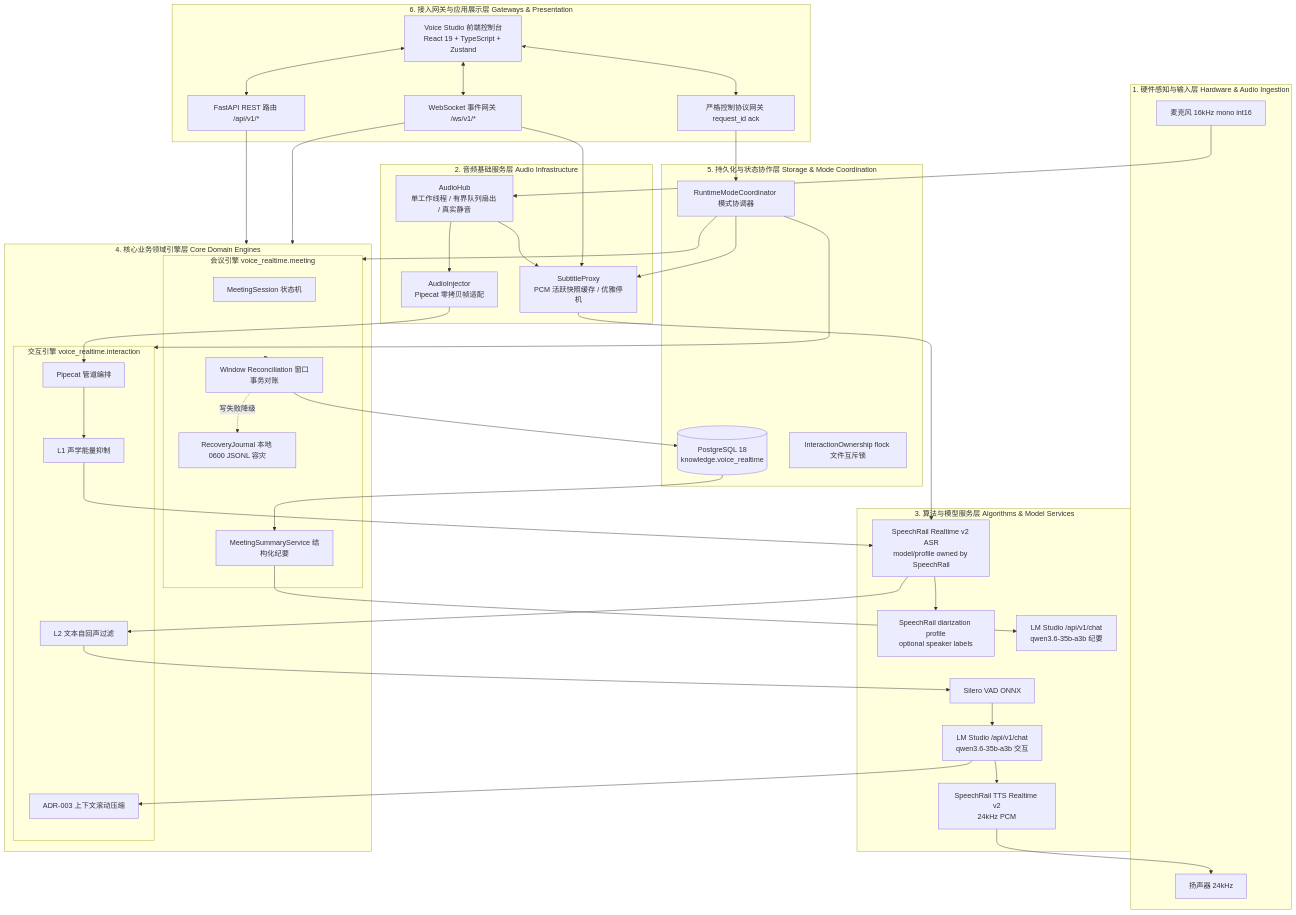
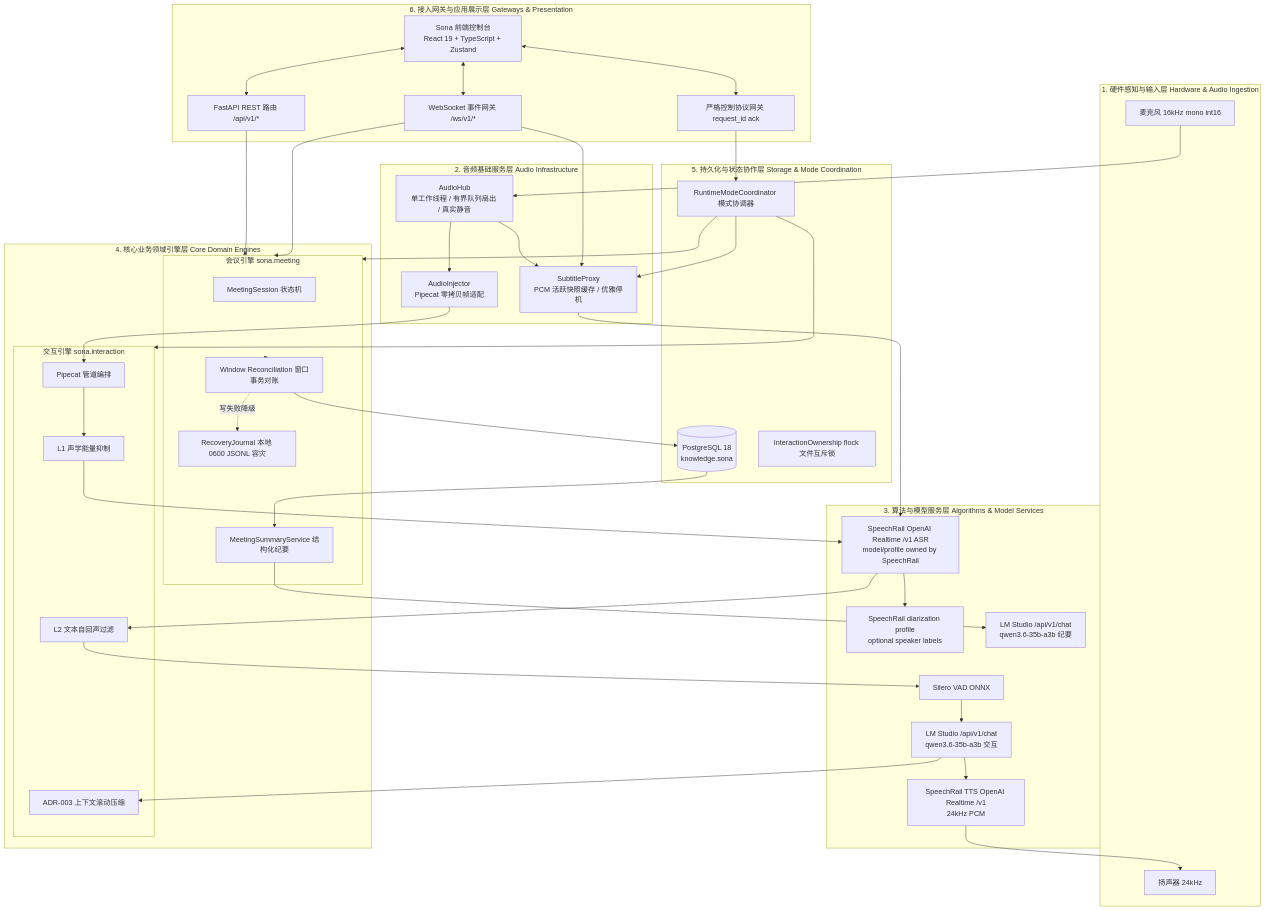
One commit to hrygo/voice-realtime changed the first of 13 diagrams in docs/architecture/系统总体架构与详细设计方案.md. Above: the diagram before and after it, drawn with Mermaid. The commit also changed other lines of this file and 394 other files, not shown here.

First line of the commit message:
refactor: rename project voice-realtime → sona, migrate SpeechRail to OpenAI /v1/realtime

```diff
--- a/docs/architecture/系统总体架构与详细设计方案.md
+++ b/docs/architecture/系统总体架构与详细设计方案.md
@@ -130,21 +130,21 @@
 
     subgraph L3[3. 算法与模型服务层 Algorithms & Model Services]
         VAD_M[Silero VAD ONNX]
-        ASR_M[SpeechRail Realtime v2 ASR<br/>model/profile owned by SpeechRail]
+        ASR_M[SpeechRail OpenAI Realtime /v1 ASR<br/>model/profile owned by SpeechRail]
         DIAR_M[SpeechRail diarization profile<br/>optional speaker labels]
         LLM_M1[LM Studio /api/v1/chat<br/>qwen3.6-35b-a3b 交互]
         LLM_M2[LM Studio /api/v1/chat<br/>qwen3.6-35b-a3b 纪要]
-        TTS_M[SpeechRail TTS Realtime v2<br/>24kHz PCM]
+        TTS_M[SpeechRail TTS OpenAI Realtime /v1<br/>24kHz PCM]
     end
 
     subgraph L4[4. 核心业务领域引擎层 Core Domain Engines]
-        subgraph INTERACTION_ENG[交互引擎 voice_realtime.interaction]
+        subgraph INTERACTION_ENG[交互引擎 sona.interaction]
             PIPE[Pipecat 管道编排]
             L1_ECHO[L1 声学能量抑制]
             L2_ECHO[L2 文本自回声过滤]
             COMPACT[ADR-003 上下文滚动压缩]
         end
-        subgraph MEETING_ENG[会议引擎 voice_realtime.meeting]
+        subgraph MEETING_ENG[会议引擎 sona.meeting]
             MSESSION[MeetingSession 状态机]
             RECON[Window Reconciliation 窗口事务对账]
             RECOVER[RecoveryJournal 本地 0600 JSONL 容灾]
@@ -154,7 +154,7 @@
 
     subgraph L5[5. 持久化与状态协作层 Storage & Mode Coordination]
         COORD[RuntimeModeCoordinator 模式协调器]
-        PG[(PostgreSQL 18<br/>knowledge.voice_realtime)]
+        PG[(PostgreSQL 18<br/>knowledge.sona)]
         OWNER[InteractionOwnership flock 文件互斥锁]
     end
 
@@ -162,7 +162,7 @@
         REST_API[FastAPI REST 路由 /api/v1/*]
         WS_GATE[WebSocket 事件网关 /ws/v1/*]
         CTRL_GW[严格控制协议网关 request_id ack]
-        UI_APP[Voice Studio 前端控制台<br/>React 19 + TypeScript + Zustand]
+        UI_APP[Sona 前端控制台<br/>React 19 + TypeScript + Zustand]
     end
 
     MIC --> HUB
```
